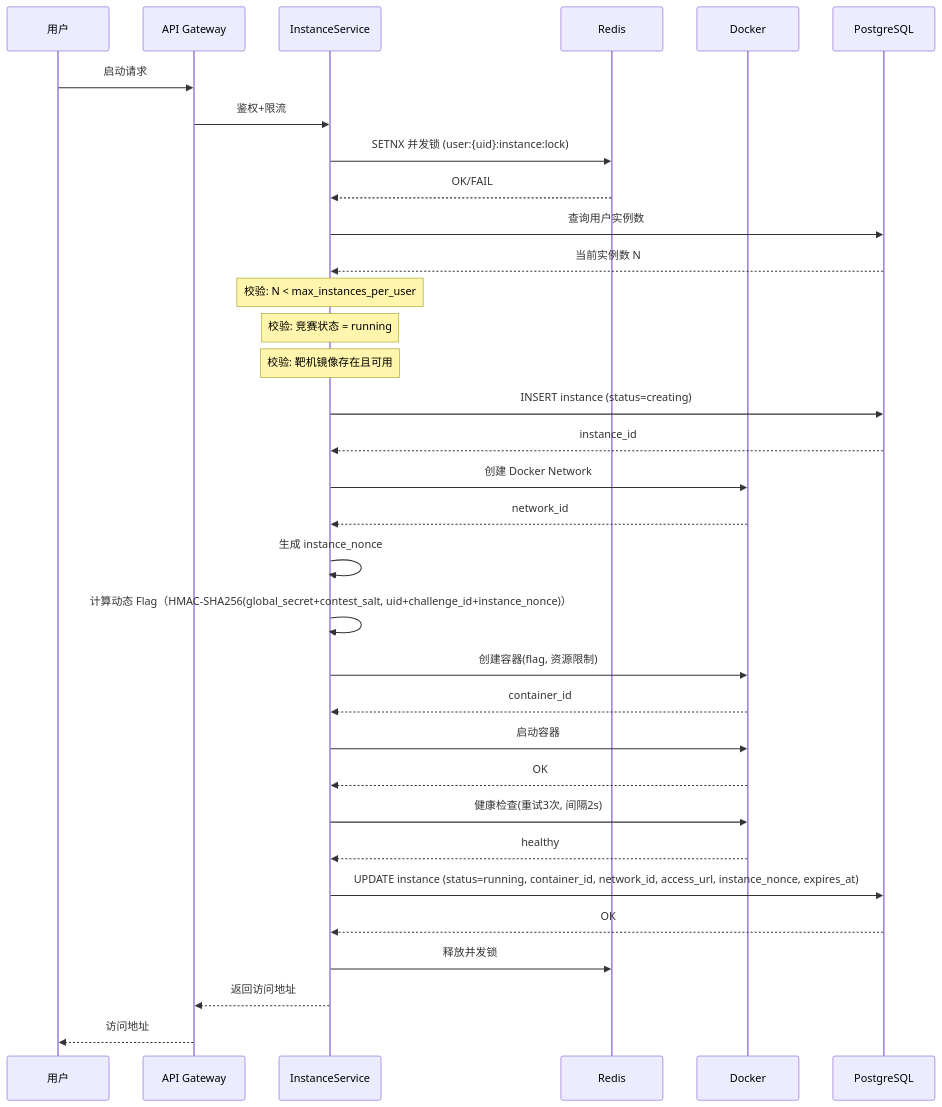
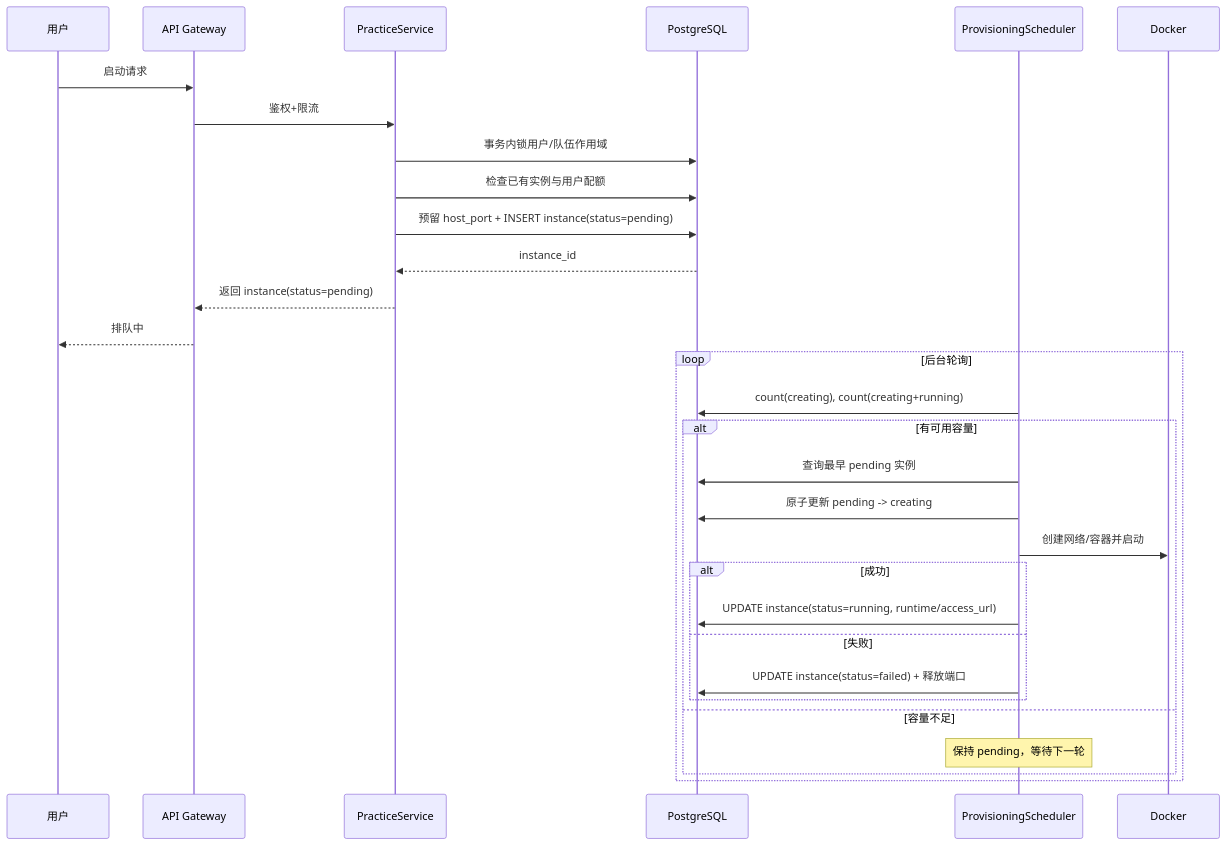
The first of 18 diagrams in docs/architecture/backend/05-key-flows.md (architectcgz/ctf), drawn with Mermaid before and after one commit. The commit also changed other lines of this file and 13 other files, not shown here.

````diff
--- a/docs/architecture/backend/05-key-flows.md
+++ b/docs/architecture/backend/05-key-flows.md
@@ -30,47 +37,34 @@
 ```mermaid
 sequenceDiagram
     participant 用户
     participant API as API Gateway
-    participant IS as InstanceService
-    participant Redis
+    participant PS as PracticeService
+    participant PG as PostgreSQL
+    participant SCH as ProvisioningScheduler
     participant Docker
-    participant PG as PostgreSQL
 
     用户->>API: 启动请求
-    API->>IS: 鉴权+限流
+    API->>PS: 鉴权+限流
+    PS->>PG: 事务内锁用户/队伍作用域
+    PS->>PG: 检查已有实例与用户配额
+    PS->>PG: 预留 host_port + INSERT instance(status=pending)
+    PG-->>PS: instance_id
+    PS-->>API: 返回 instance(status=pending)
+    API-->>用户: 排队中
 
-    IS->>Redis: SETNX 并发锁 (user:{uid}:instance:lock)
-    Redis-->>IS: OK/FAIL
-
-    IS->>PG: 查询用户实例数
-    PG-->>IS: 当前实例数 N
-
-    Note over IS: 校验: N < max_instances_per_user
-    Note over IS: 校验: 竞赛状态 = running
-    Note over IS: 校验: 靶机镜像存在且可用
-
-    IS->>PG: INSERT instance (status=creating)
-    PG-->>IS: instance_id
-
-    IS->>Docker: 创建 Docker Network
-    Docker-->>IS: network_id
-
-    IS->>IS: 生成 instance_nonce
-    IS->>IS: 计算动态 Flag（HMAC-SHA256(global_secret+contest_salt, uid+challenge_id+instance_nonce)）
-
-    IS->>Docker: 创建容器(flag, 资源限制)
-    Docker-->>IS: container_id
-
-    IS->>Docker: 启动容器
-    Docker-->>IS: OK
-
-    IS->>Docker: 健康检查(重试3次, 间隔2s)
-    Docker-->>IS: healthy
-
-    IS->>PG: UPDATE instance (status=running, container_id, network_id, access_url, instance_nonce, expires_at)
-    PG-->>IS: OK
-
-    IS->>Redis: 释放并发锁
-    IS-->>API: 返回访问地址
-    API-->>用户: 访问地址
+    loop 后台轮询
+        SCH->>PG: count(creating), count(creating+running)
+        alt 有可用容量
+            SCH->>PG: 查询最早 pending 实例
+            SCH->>PG: 原子更新 pending -> creating
+            SCH->>Docker: 创建网络/容器并启动
+            alt 成功
+                SCH->>PG: UPDATE instance(status=running, runtime/access_url)
+            else 失败
+                SCH->>PG: UPDATE instance(status=failed) + 释放端口
+            end
+        else 容量不足
+            Note over SCH: 保持 pending，等待下一轮
+        end
+    end
 ```
````
